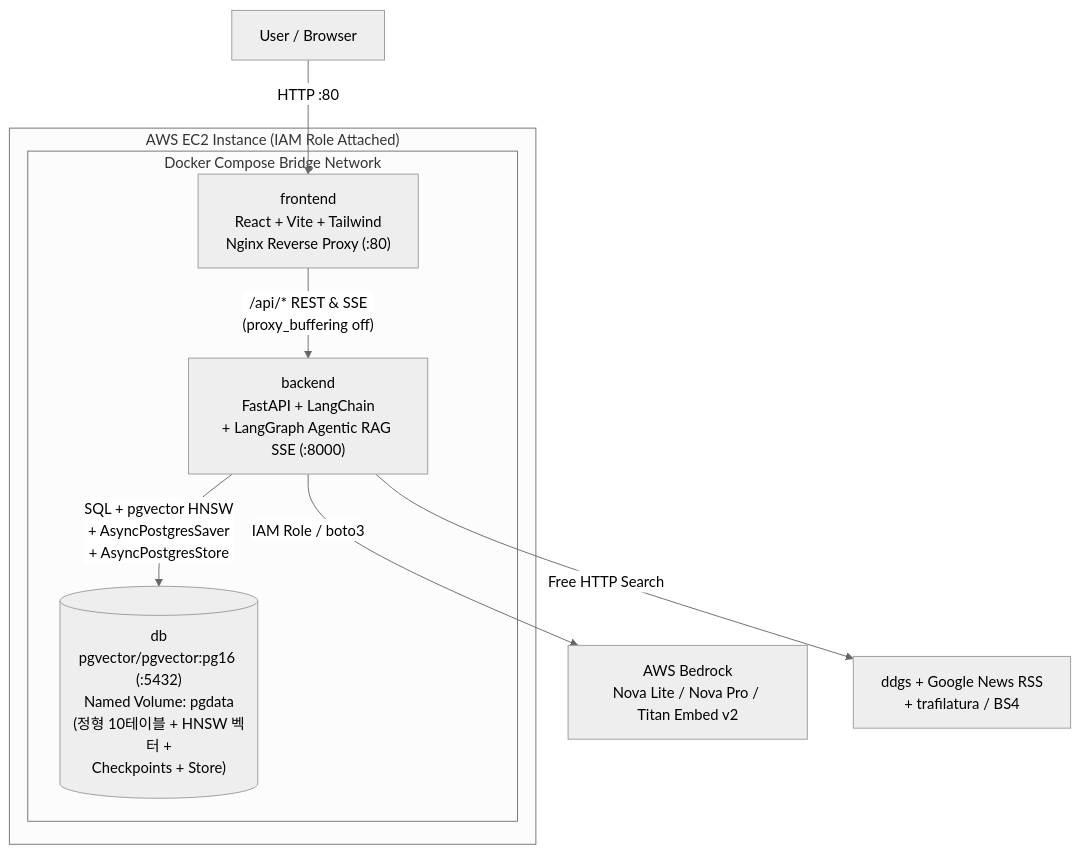
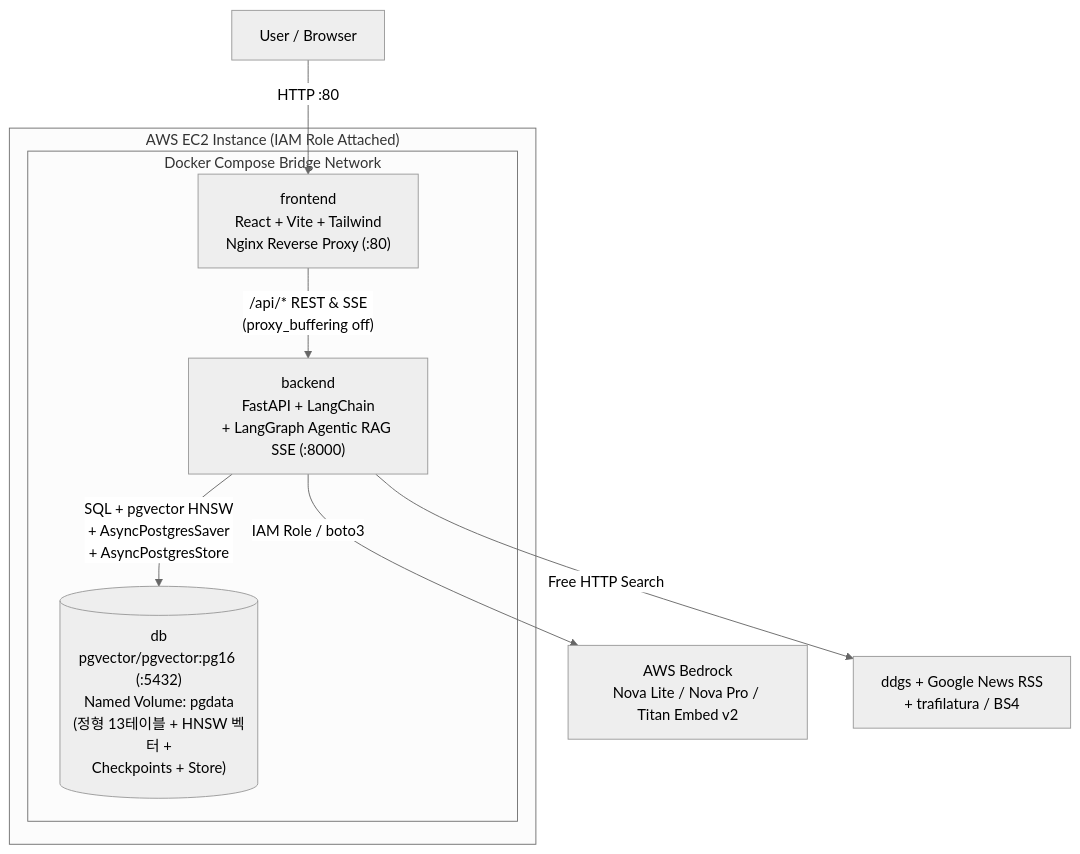
The first of 2 diagrams in ARCHITECTURE.md (KASOP0306/write-on-vibe-lab), drawn with Mermaid (neutral theme) before and after one commit. The commit also changed other lines of this file and 5 other files, not shown here.

````diff
--- a/ARCHITECTURE.md
+++ b/ARCHITECTURE.md
@@ -21,17 +21,17 @@
 ```mermaid
 flowchart TB
     User["User / Browser"] -->|"HTTP :80"| Frontend
 
     subgraph EC2["AWS EC2 Instance (IAM Role Attached)"]
         subgraph Compose["Docker Compose Bridge Network"]
             Frontend["frontend\nReact + Vite + Tailwind\nNginx Reverse Proxy (:80)"]
             Backend["backend\nFastAPI + LangChain\n+ LangGraph Agentic RAG SSE (:8000)"]
-            DB[("db\npgvector/pgvector:pg16 (:5432)\nNamed Volume: pgdata\n(정형 10테이블 + HNSW 벡터 +\nCheckpoints + Store)")]
+            DB[("db\npgvector/pgvector:pg16 (:5432)\nNamed Volume: pgdata\n(정형 13테이블 + HNSW 벡터 +\nCheckpoints + Store)")]
         end
     end
 
     Frontend -->|"/api/* REST & SSE\n(proxy_buffering off)"| Backend
     Backend -->|"SQL + pgvector HNSW\n+ AsyncPostgresSaver\n+ AsyncPostgresStore"| DB
     Backend -->|"IAM Role / boto3"| Bedrock["AWS Bedrock\nNova Lite / Nova Pro / Titan Embed v2"]
     Backend -->|"Free HTTP Search"| Web["ddgs + Google News RSS\n+ trafilatura / BS4"]
 ```
````
